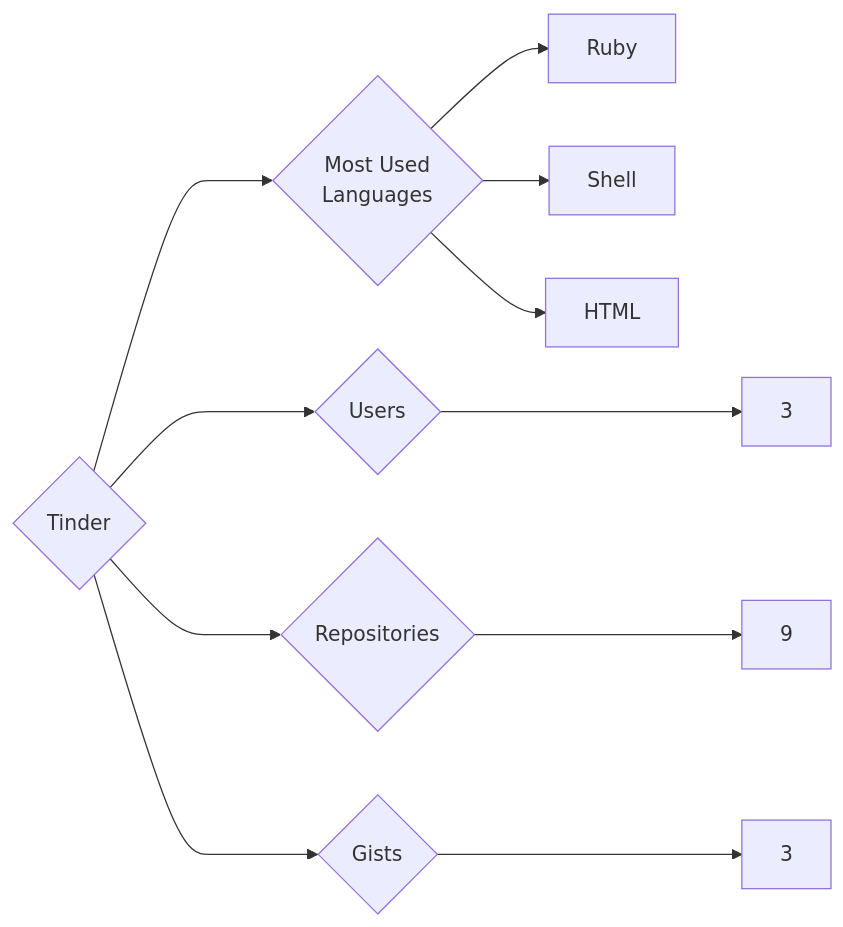
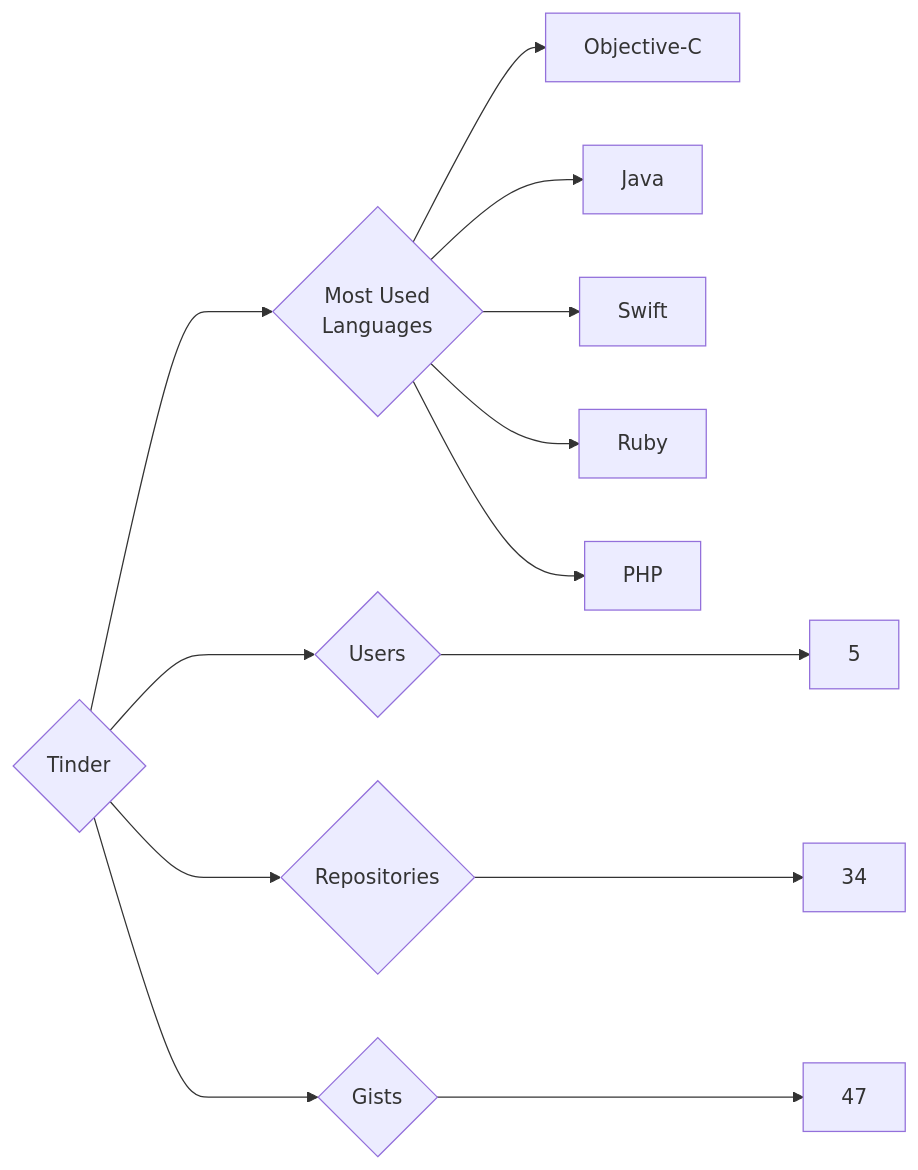
One commit to trickest/insiders changed the diagram in targets/Tinder/README.md. Above: the diagram before and after it, drawn with Mermaid. The commit also changed 1496 other files, not shown here.

````diff
--- a/targets/Tinder/README.md
+++ b/targets/Tinder/README.md
@@ -3,11 +3,13 @@
 ```mermaid
 graph LR
 COMPANY_NAME{Tinder}
-COMPANY_NAME ---> U{Users} ---> UN[3]
-COMPANY_NAME ---> R{Repositories} ---> RN[9]
-COMPANY_NAME ---> G{Gists} ---> GN[3]
+COMPANY_NAME ---> U{Users} ---> UN[5]
+COMPANY_NAME ---> R{Repositories} ---> RN[34]
+COMPANY_NAME ---> G{Gists} ---> GN[47]
 COMPANY_NAME ---> ML{Most Used<br>Languages}
+ML --> Objective-C[Objective-C]
+ML --> Java[Java]
+ML --> Swift[Swift]
 ML --> Ruby[Ruby]
-ML --> Shell[Shell]
-ML --> HTML[HTML]
+ML --> PHP[PHP]
 ```
````
